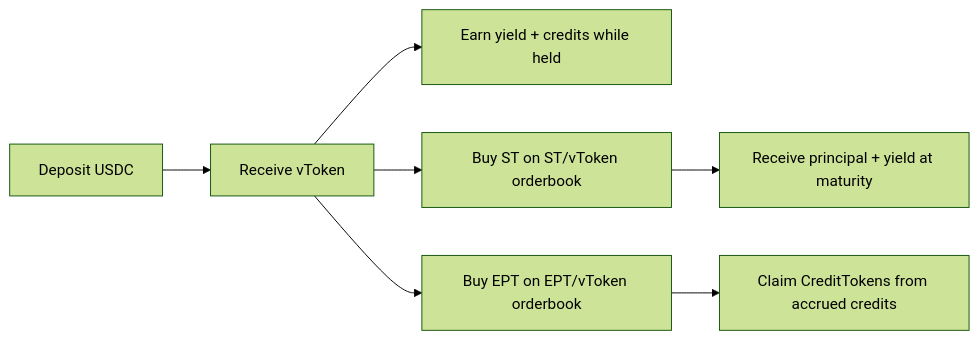
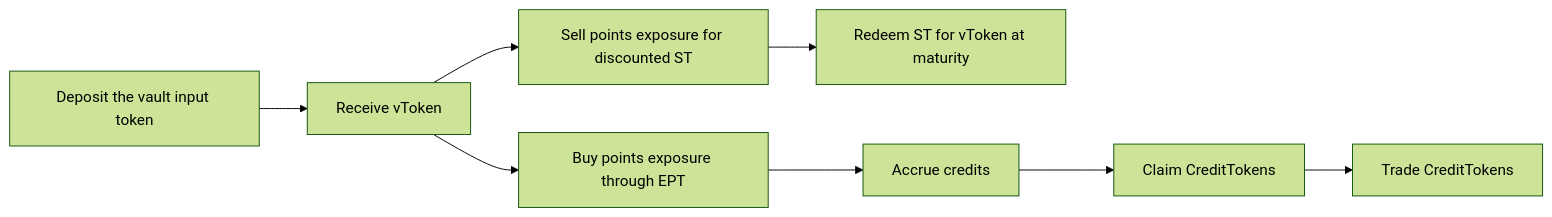
Before and after one commit to karnotxyz/mintlify-docs: the diagram in learn/protocol-overview.mdx, drawn with Mermaid (forest theme). The commit also changed other lines of this file and 19 other files, not shown here.

Commit message:
Generalize ArcX docs and add CreditToken trading (#8)

````diff
--- a/learn/protocol-overview.mdx
+++ b/learn/protocol-overview.mdx
@@ -58,9 +67,10 @@
 ```mermaid
 flowchart LR
-    A["Deposit USDC"] --> B["Receive vToken"]
-    B --> C["Earn yield + credits while held"]
-    B --> D["Buy ST on ST/vToken orderbook"]
-    B --> E["Buy EPT on EPT/vToken orderbook"]
-    D --> F["Receive principal + yield at maturity"]
-    E --> G["Claim CreditTokens from accrued credits"]
+    A["Deposit the vault input token"] --> B["Receive vToken"]
+    B --> D["Sell points exposure for discounted ST"]
+    B --> E["Buy points exposure through EPT"]
+    D --> F["Redeem ST for vToken at maturity"]
+    E --> G["Accrue credits"]
+    G --> H["Claim CreditTokens"]
+    H --> I["Trade CreditTokens"]
 ```
````
